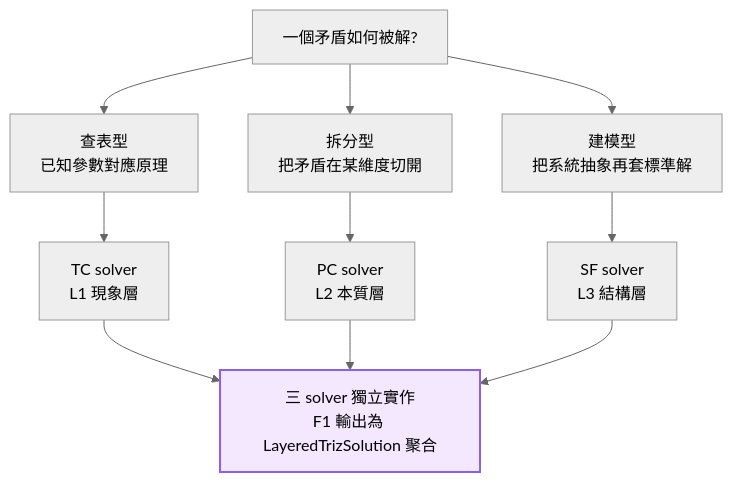
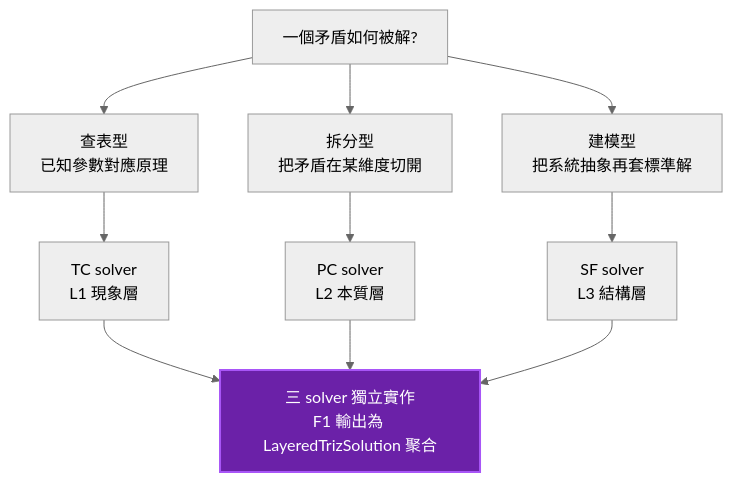
Before and after one commit to Zenobia0000/RD_copilot_system: diagram 12 of 31 in docs/01-define/diagrams/appendix-b--forward-triz-solver.md, drawn with Mermaid. The commit also changed other lines of this file and 10 other files, not shown here.

First line of the commit message:
docs(diagrams): Gate 審計修復 + diagrams 缺失補齊 + Mermaid 暗色配色

````diff
--- a/docs/01-define/diagrams/appendix-b--forward-triz-solver.md
+++ b/docs/01-define/diagrams/appendix-b--forward-triz-solver.md
@@ -618,19 +618,19 @@
 ```mermaid
 %%{init: {'theme': 'neutral'}}%%
 graph TB
     Q[一個矛盾如何被解?]
 
     Q --> A1[查表型<br/>已知參數對應原理]
     Q --> A2[拆分型<br/>把矛盾在某維度切開]
     Q --> A3[建模型<br/>把系統抽象再套標準解]
 
     A1 --> TC2[TC solver<br/>L1 現象層]
     A2 --> PC2[PC solver<br/>L2 本質層]
     A3 --> SF2[SF solver<br/>L3 結構層]
 
     TC2 --> R[三 solver 獨立實作<br/>F1 輸出為 LayeredTrizSolution 聚合]
     PC2 --> R
     SF2 --> R
 
-    style R fill:#F3E8FF,stroke:#8B5CF6,stroke-width:2px,color:#000
+    style R fill:#6B21A8,color:#fff,stroke:#A855F7,stroke-width:2px
 ```
````
